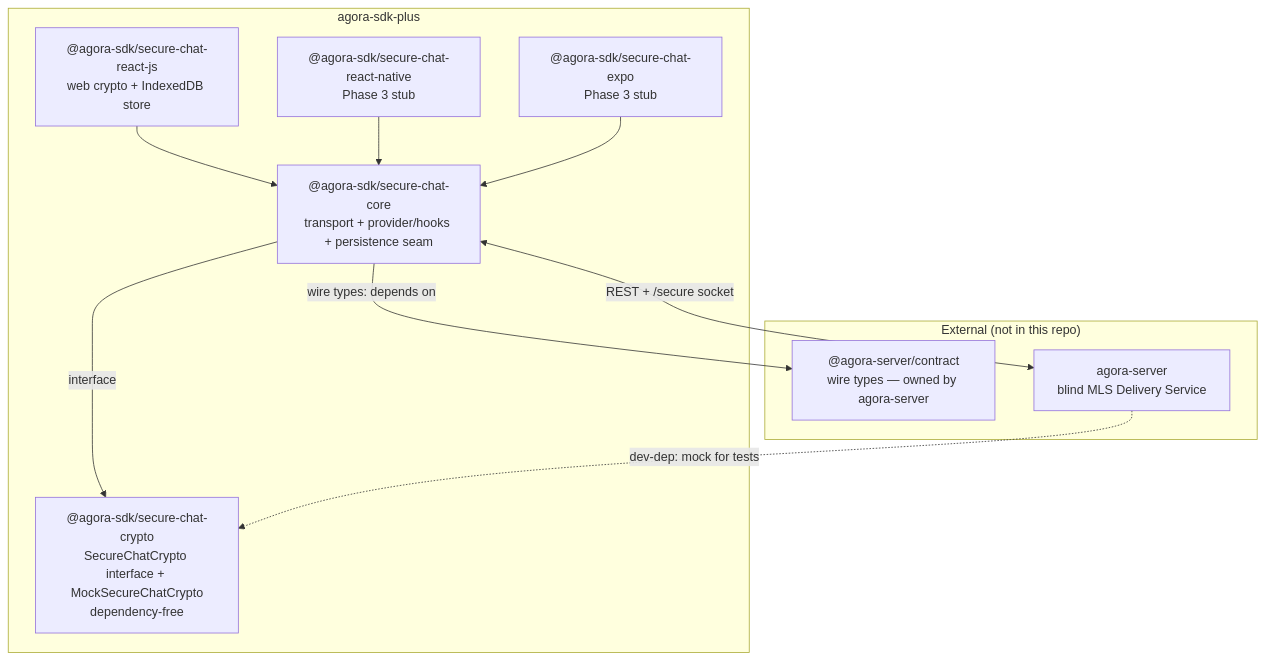
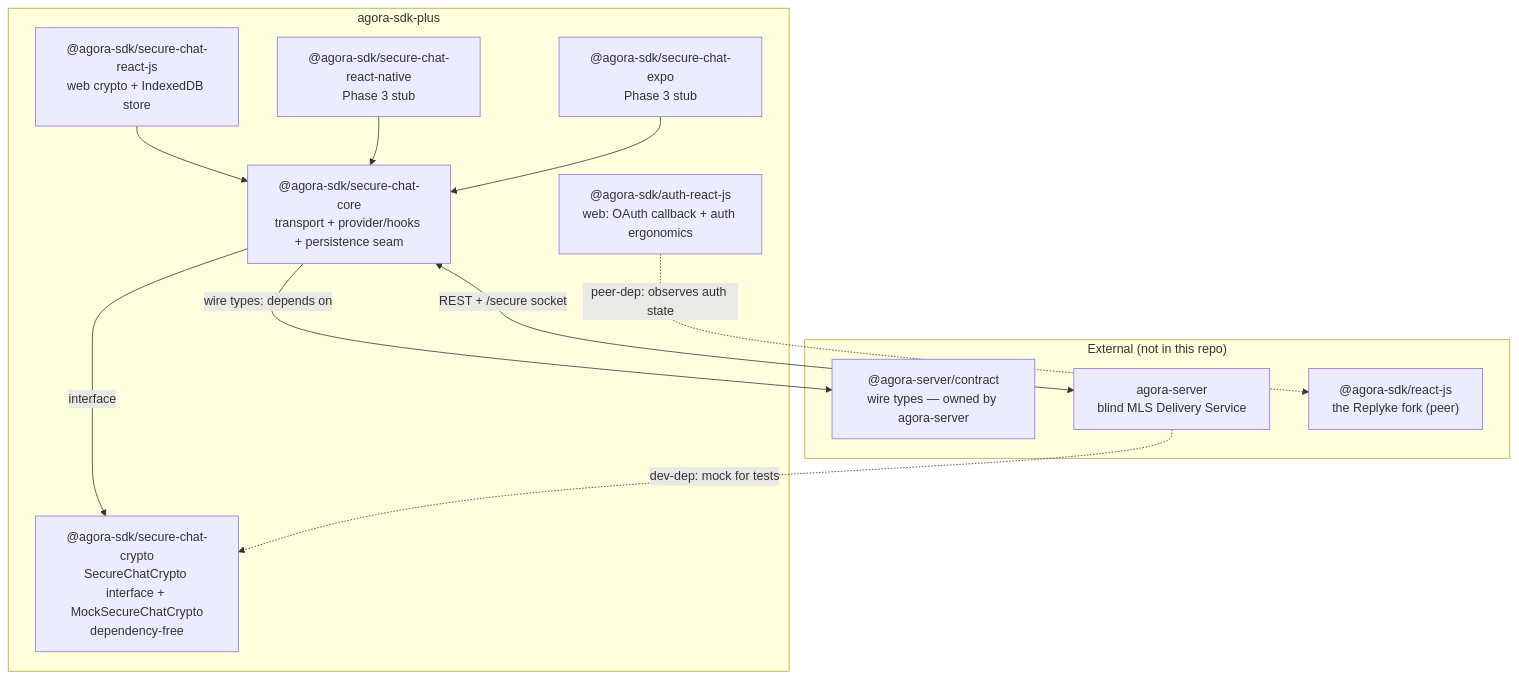
One commit to agora-oss-org/agora-sdk-plus changed the first of 5 diagrams in ARCHITECTURE.md. Above: the diagram before and after it, drawn with Mermaid. The commit also changed other lines of this file and 6 other files, not shown here.

````diff
--- a/ARCHITECTURE.md
+++ b/ARCHITECTURE.md
@@ -21,23 +21,26 @@
 ```mermaid
 flowchart TD
   subgraph "External (not in this repo)"
     contract["@agora-server/contract<br/>wire types — owned by agora-server"]
     server["agora-server<br/>blind MLS Delivery Service"]
+    sdk["@agora-sdk/react-js<br/>the Replyke fork (peer)"]
   end
 
   subgraph "agora-sdk-plus"
     crypto["@agora-sdk/secure-chat-crypto<br/>SecureChatCrypto interface + MockSecureChatCrypto<br/>dependency-free"]
     coreP["@agora-sdk/secure-chat-core<br/>transport + provider/hooks + persistence seam"]
     webP["@agora-sdk/secure-chat-react-js<br/>web crypto + IndexedDB store"]
     rnP["@agora-sdk/secure-chat-react-native<br/>Phase 3 stub"]
     expoP["@agora-sdk/secure-chat-expo<br/>Phase 3 stub"]
+    authP["@agora-sdk/auth-react-js<br/>web: OAuth callback + auth ergonomics"]
   end
 
   coreP -->|interface| crypto
   coreP -->|wire types: depends on| contract
   webP --> coreP
   rnP --> coreP
   expoP --> coreP
+  authP -.->|peer-dep: observes auth state| sdk
   server -.->|dev-dep: mock for tests| crypto
   coreP <-->|REST + /secure socket| server
 ```
````
